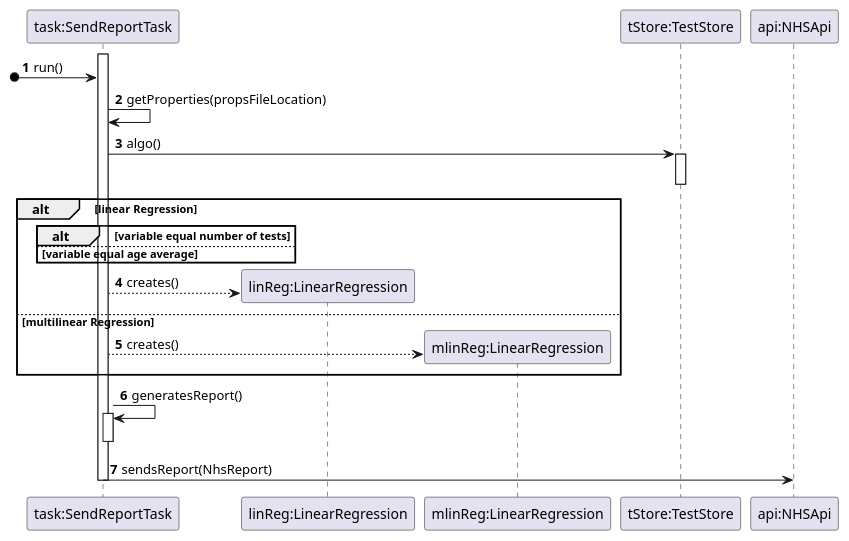
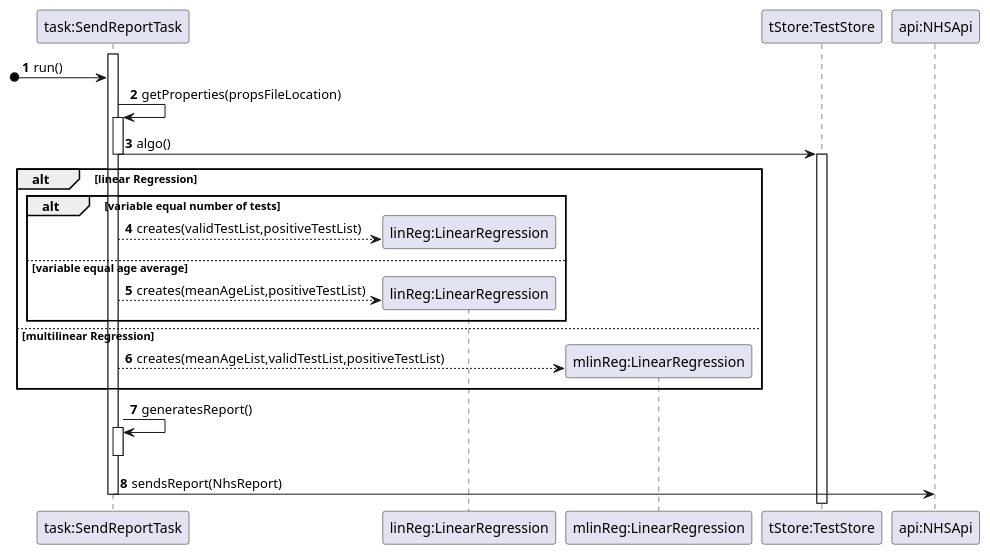
The diagram in docs/SprintD/US19/SD_runTask().puml (MarianaCLages/LAPR2), drawn with PlantUML before and after one commit. The commit also changed 3 other files, not shown here.

```diff
--- a/docs/SprintD/US19/SD_runTask().puml
+++ b/docs/SprintD/US19/SD_runTask().puml
@@ -1,32 +1,36 @@
 @startuml
 autonumber
 participant "task:SendReportTask" as task
 participant "linReg:LinearRegression" as linReg
 participant "mlinReg:LinearRegression" as linReg
 participant "mlinReg:LinearRegression" as mlinReg
 participant "tStore:TestStore" as tStore
 participant "api:NHSApi" as api
 
+activate task
 [o-> task: run()
 task -> task: getProperties(propsFileLocation)
+activate task
 task -> tStore:algo()
+deactivate task
 activate tStore
-deactivate
+deactivate tStore
 alt linear Regression
     alt variable equal number of tests
-
+    task --> linReg** : creates(validTestList,positiveTestList)
 
     else variable equal age average
+    task --> linReg** : creates(meanAgeList,positiveTestList)
+
     end
-    task --> linReg** : creates()
 
 else multilinear Regression
-    task --> mlinReg**:creates()
+    task --> mlinReg**:creates(meanAgeList,validTestList,positiveTestList)
 end
 activate task
 task -> task: generatesReport()
 activate task
 deactivate
 task -> api: sendsReport(NhsReport)
 deactivate task
 @enduml
```
